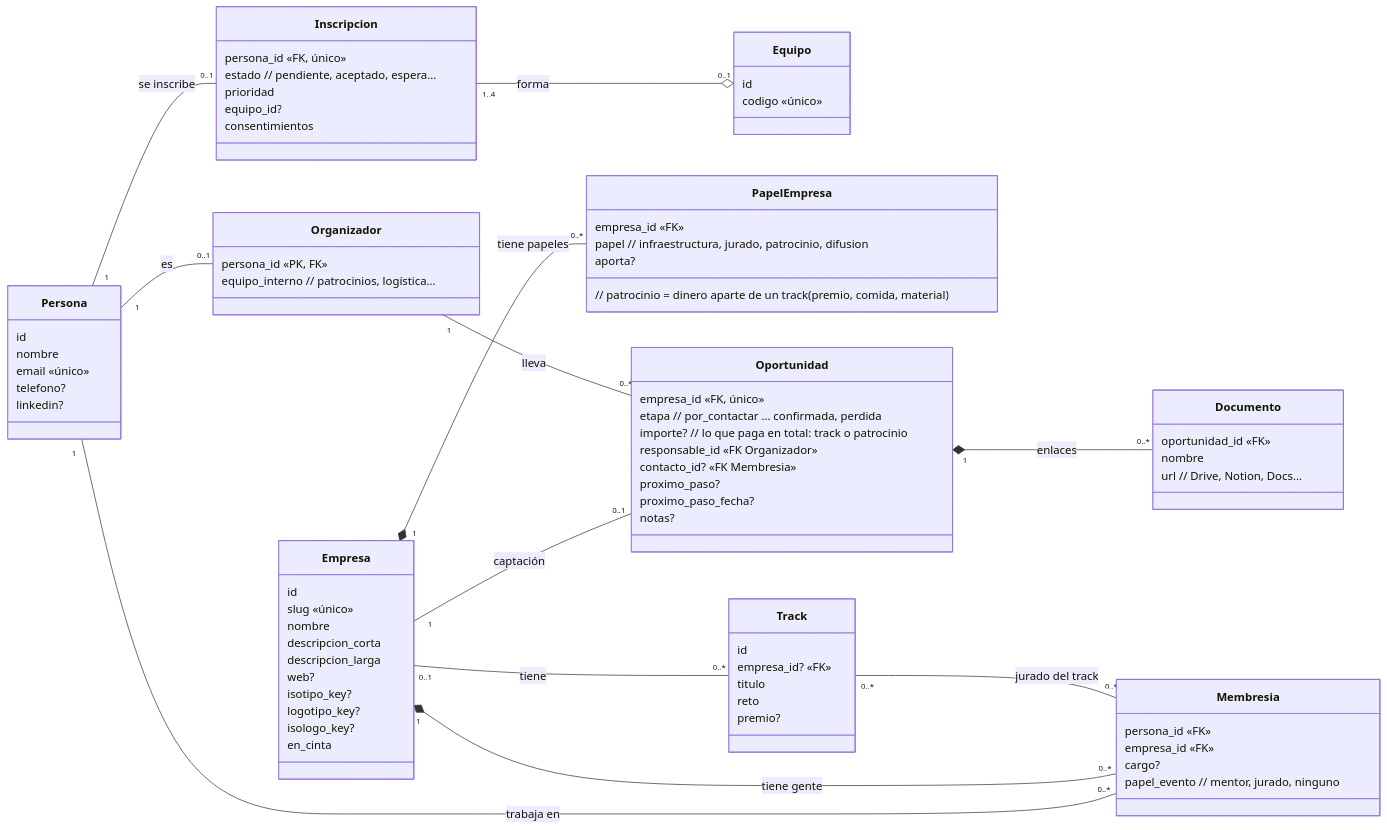
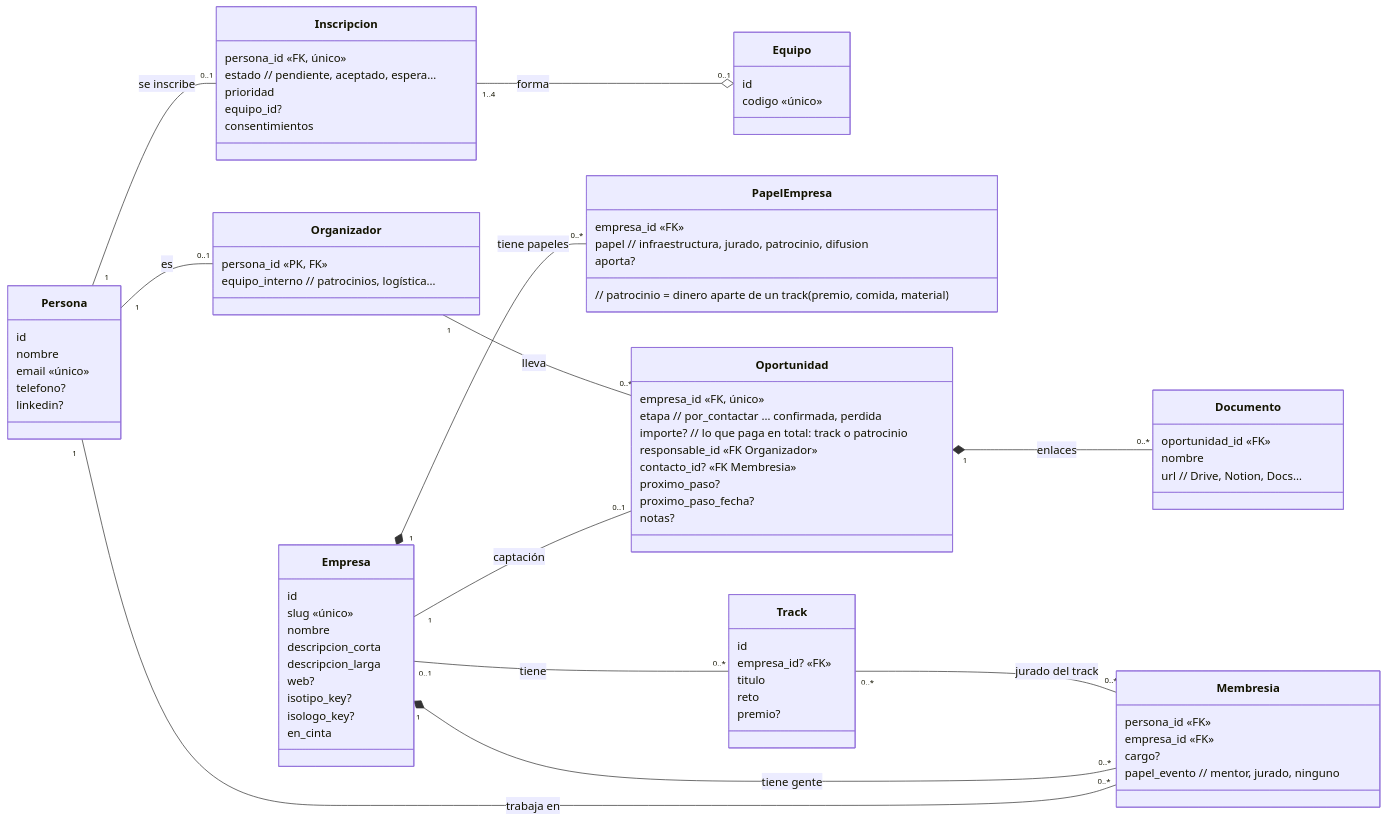
Before and after one commit to AISC-Madrid/hackuc3m-website: the diagram in docs/modelo-datos.md, drawn with Mermaid. The commit also changed other lines of this file and 24 other files, not shown here.

```diff
--- a/docs/modelo-datos.md
+++ b/docs/modelo-datos.md
@@ -46,7 +46,6 @@
     descripcion_larga
     web?
     isotipo_key?
-    logotipo_key?
     isologo_key?
     en_cinta
   }
```
